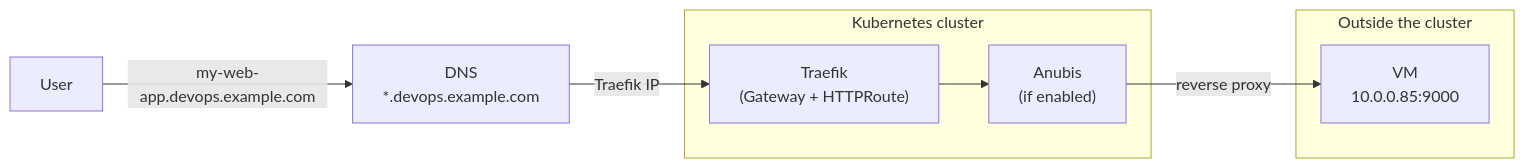
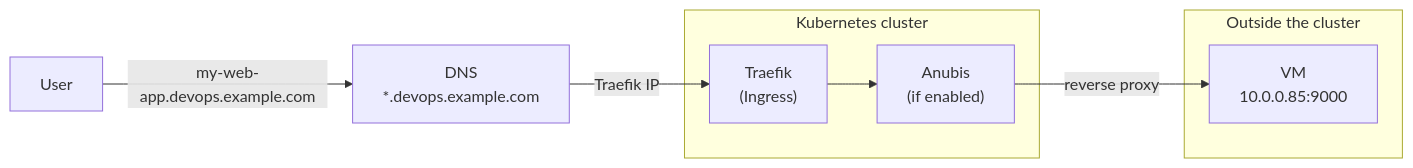
One commit to jcfenuchi/K8S-traefik-gateway-routes changed the second of 3 diagrams in README.md. Above: the diagram before and after it, drawn with Mermaid. The commit also changed other lines of this file and 10 other files, not shown here.

First line of the commit message:
Troca Gateway API por Ingress padrão do Kubernetes

````diff
--- a/README.md
+++ b/README.md
@@ -71,15 +71,15 @@
 ```mermaid
 flowchart LR
     U["User"] -->|"my-web-app.devops.example.com"| D["DNS<br/>*.devops.example.com"]
     D -->|"Traefik IP"| T
 
     subgraph cluster["Kubernetes cluster"]
-        T["Traefik<br/>(Gateway + HTTPRoute)"] --> A["Anubis<br/>(if enabled)"]
+        T["Traefik<br/>(Ingress)"] --> A["Anubis<br/>(if enabled)"]
     end
 
     subgraph outside["Outside the cluster"]
         V["VM<br/>10.0.0.85:9000"]
     end
 
     A -->|"reverse proxy"| V
 ```
````
